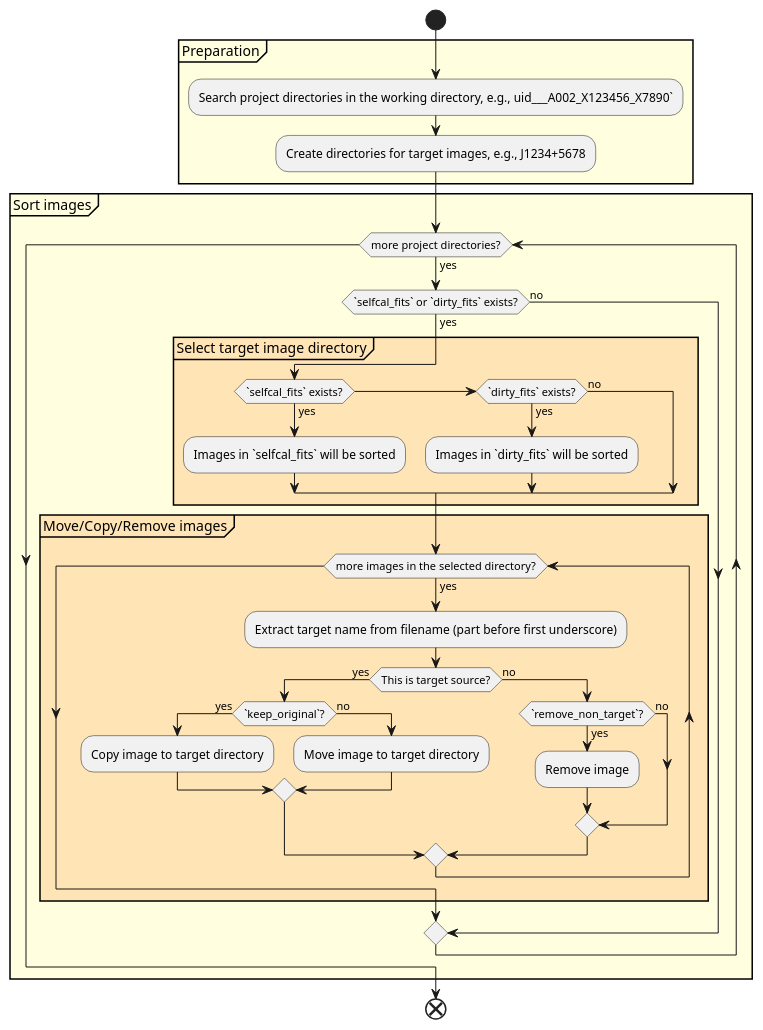
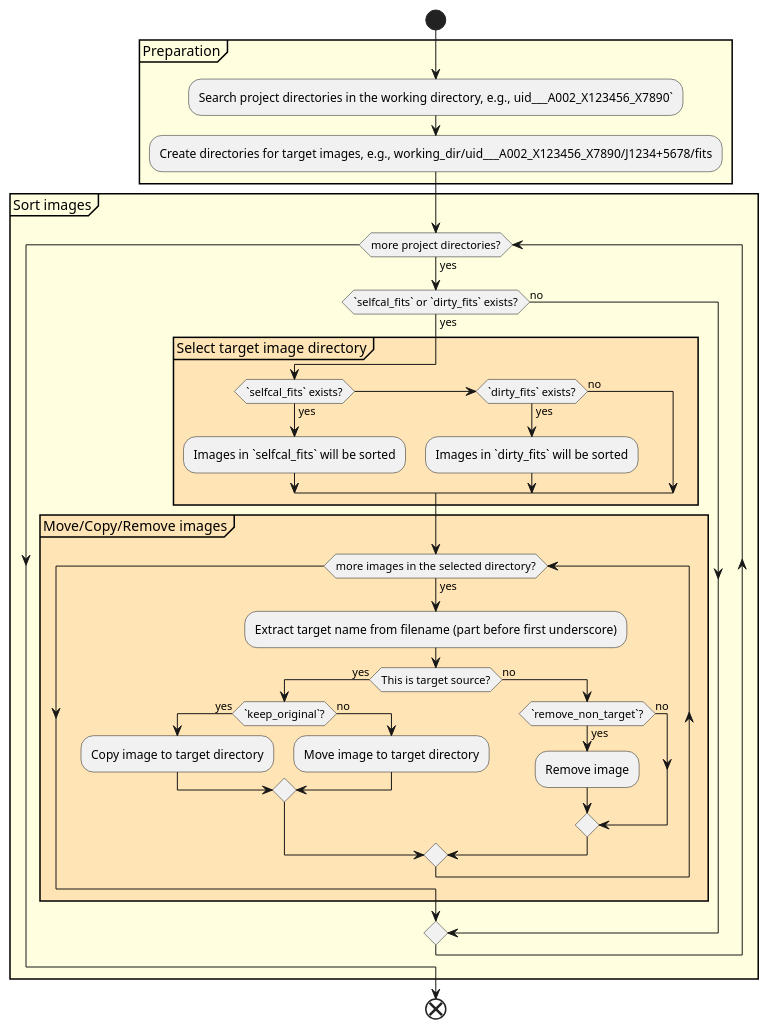
One commit to akimasanishida/almaqso changed the diagram in docs/diagrams/L4-almaqso.Almaqso.sort_images-activity.puml. Above: the diagram before and after it, drawn with PlantUML.

Commit message:
Update sort_images activity diagram to include full target image directory path

```diff
--- a/docs/diagrams/L4-almaqso.Almaqso.sort_images-activity.puml
+++ b/docs/diagrams/L4-almaqso.Almaqso.sort_images-activity.puml
@@ -1,47 +1,47 @@
 @startuml L4-almaqso.Almaqso.sort_images-activity
 start
 
 partition "Preparation" #LightYellow {
     :Search project directories in the working directory, e.g., uid___A002_X123456_X7890`;
-    :Create directories for target images, e.g., J1234+5678;
+    :Create directories for target images, e.g., working_dir/uid___A002_X123456_X7890/J1234+5678/fits;
 }
 partition "Sort images" #LightYellow {
     while (more project directories?) is (yes)
         if (`selfcal_fits` or `dirty_fits` exists?) then (yes)
             partition "Select target image directory" #Moccasin {
                 if (`selfcal_fits` exists?) then (yes)
                     :Images in `selfcal_fits` will be sorted;
                 elseif (`dirty_fits` exists?) then (yes)
                     :Images in `dirty_fits` will be sorted;
                 else (no)
                     ' Skip this project directory
                     ' How to express "continue" in PlantUML?
                 endif
             }
             partition "Move/Copy/Remove images" #Moccasin {
                 while (more images in the selected directory?) is (yes)
                     :Extract target name from filename (part before first underscore);
                     if (This is target source?) then (yes)
                         if (`keep_original`?) then (yes)
                             :Copy image to target directory;
                         else (no)
                             :Move image to target directory;
                         endif
                     else (no)
                         if (`remove_non_target`?) then (yes)
                             :Remove image;
                         else (no)
                             ' Do nothing
                         endif
                     endif
                 endwhile
             }
         else (no)
             ' No images to sort in this project directory
         endif
     endwhile
                 
 }
 
 end
 @enduml
```
